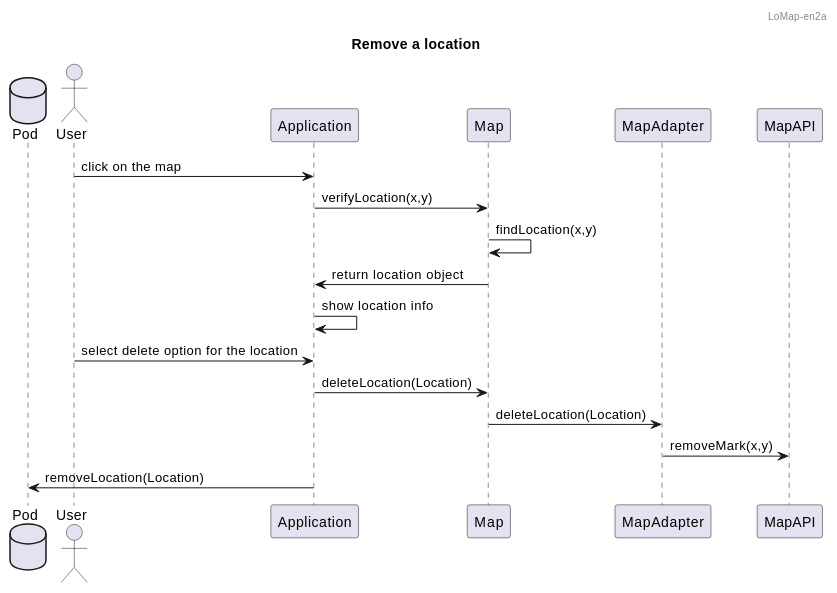
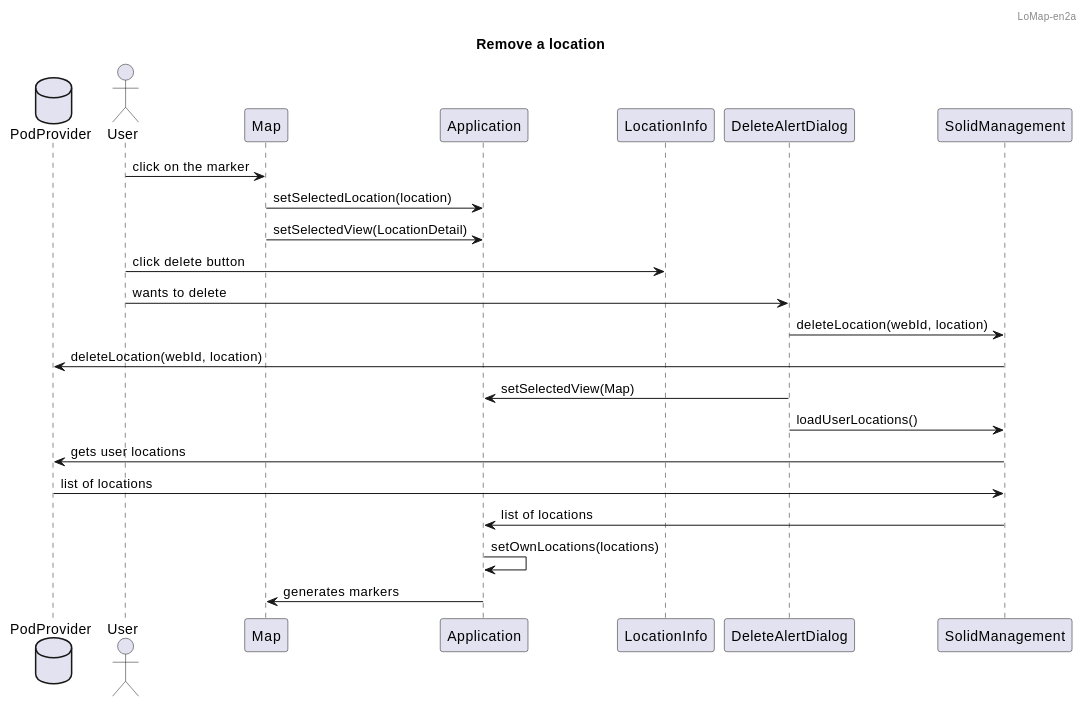
The third of 5 diagrams in docs/06_runtime_view.adoc (Arquisoft/lomap_en2a), drawn with PlantUML before and after one commit. The commit also changed other lines of this file, not shown here.

Commit message:
Runtime view.

```diff
--- a/docs/06_runtime_view.adoc
+++ b/docs/06_runtime_view.adoc
@@ -62,24 +70,28 @@
 [plantuml,"Remove location from map",png]
 -----
 @startuml
 
 header LoMap-en2a
 
 title Remove a location
 
-database Pod
+database PodProvider
 actor User
 
-User -> Application : click on the map
-Application -> Map : verifyLocation(x,y)
-Map -> Map : findLocation(x,y)
-Map -> Application : return location object
-Application -> Application : show location info
-User -> Application : select delete option for the location
-Application -> Map :deleteLocation(Location)
-Map -> MapAdapter : deleteLocation(Location)
-MapAdapter -> MapAPI : removeMark(x,y)
-Application -> Pod : removeLocation(Location)
+User -> Map : click on the marker
+Map -> Application: setSelectedLocation(location)
+Map -> Application: setSelectedView(LocationDetail)
+User -> LocationInfo: click delete button
+User -> DeleteAlertDialog: wants to delete
+DeleteAlertDialog -> SolidManagement: deleteLocation(webId, location)
+SolidManagement -> PodProvider: deleteLocation(webId, location)
+DeleteAlertDialog -> Application: setSelectedView(Map)
+DeleteAlertDialog -> SolidManagement: loadUserLocations()
+SolidManagement -> PodProvider: gets user locations
+PodProvider -> SolidManagement: list of locations
+SolidManagement -> Application: list of locations
+Application -> Application: setOwnLocations(locations)
+Application -> Map: generates markers
 
 @enduml
 -----
```
